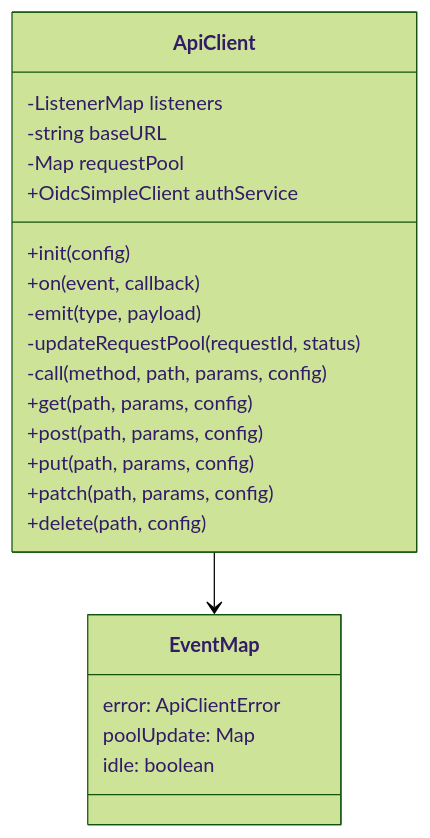
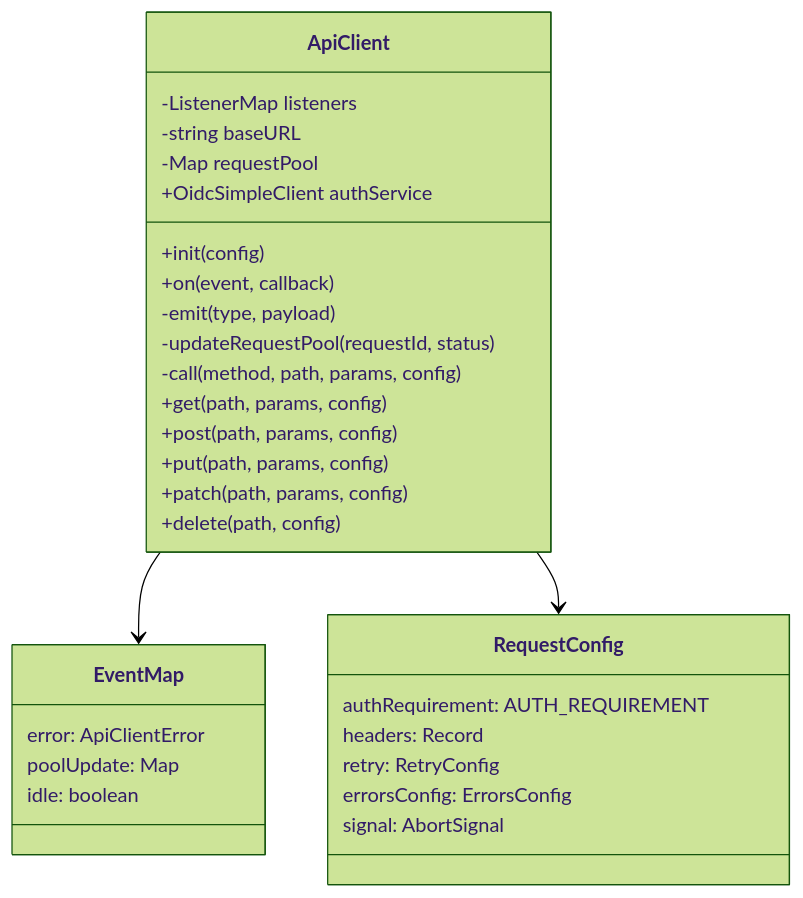
The first of 2 diagrams in src/core/api_client/readme.md (konturio/disaster-ninja-fe), drawn with Mermaid (forest theme) before and after one commit. The commit also changed other lines of this file, not shown here.

````diff
--- a/src/core/api_client/readme.md
+++ b/src/core/api_client/readme.md
@@ -17,27 +17,36 @@
 ```mermaid
 classDiagram
     class ApiClient {
         -ListenerMap listeners
         -string baseURL
         -Map requestPool
         +OidcSimpleClient authService
         +init(config)
         +on(event, callback)
         -emit(type, payload)
         -updateRequestPool(requestId, status)
         -call(method, path, params, config)
         +get(path, params, config)
         +post(path, params, config)
         +put(path, params, config)
         +patch(path, params, config)
         +delete(path, config)
     }
 
     class EventMap {
         error: ApiClientError
         poolUpdate: Map<string, string>
         idle: boolean
     }
 
+    class RequestConfig {
+        authRequirement: AUTH_REQUIREMENT
+        headers: Record<string, string>
+        retry: RetryConfig
+        errorsConfig: ErrorsConfig
+        signal: AbortSignal
+    }
+
     ApiClient --> EventMap
+    ApiClient --> RequestConfig
 ```
````
